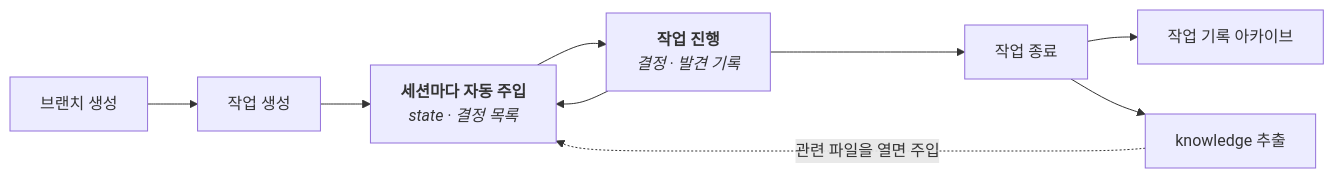
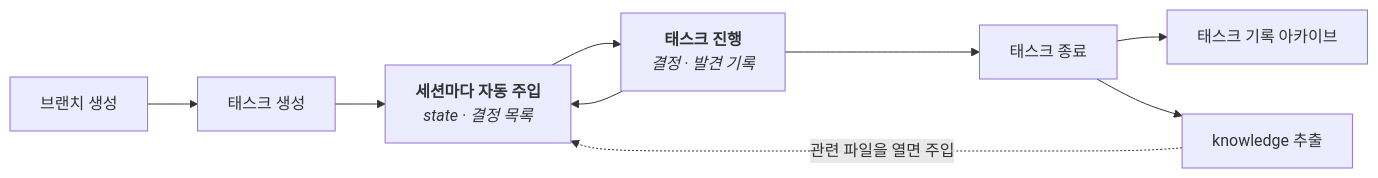
One commit to Othereum/agent-desk changed the first of 2 diagrams in README.md. Above: the diagram before and after it, drawn with Mermaid. The commit also changed other lines of this file and 12 other files, not shown here.

````diff
--- a/README.md
+++ b/README.md
@@ -89,13 +89,13 @@
 ```mermaid
 flowchart LR
-    B[브랜치 생성] --> T[작업 생성]
+    B[브랜치 생성] --> T[태스크 생성]
     T --> S["`**세션마다 자동 주입**
 _state · 결정 목록_`"]
-    S --> W["`**작업 진행**
+    S --> W["`**태스크 진행**
 _결정 · 발견 기록_`"]
     W --> S
-    W --> C[작업 종료]
-    C --> A[작업 기록 아카이브]
+    W --> C[태스크 종료]
+    C --> A[태스크 기록 아카이브]
     C --> K[knowledge 추출]
     K -. 관련 파일을 열면 주입 .-> S
 ```
````
